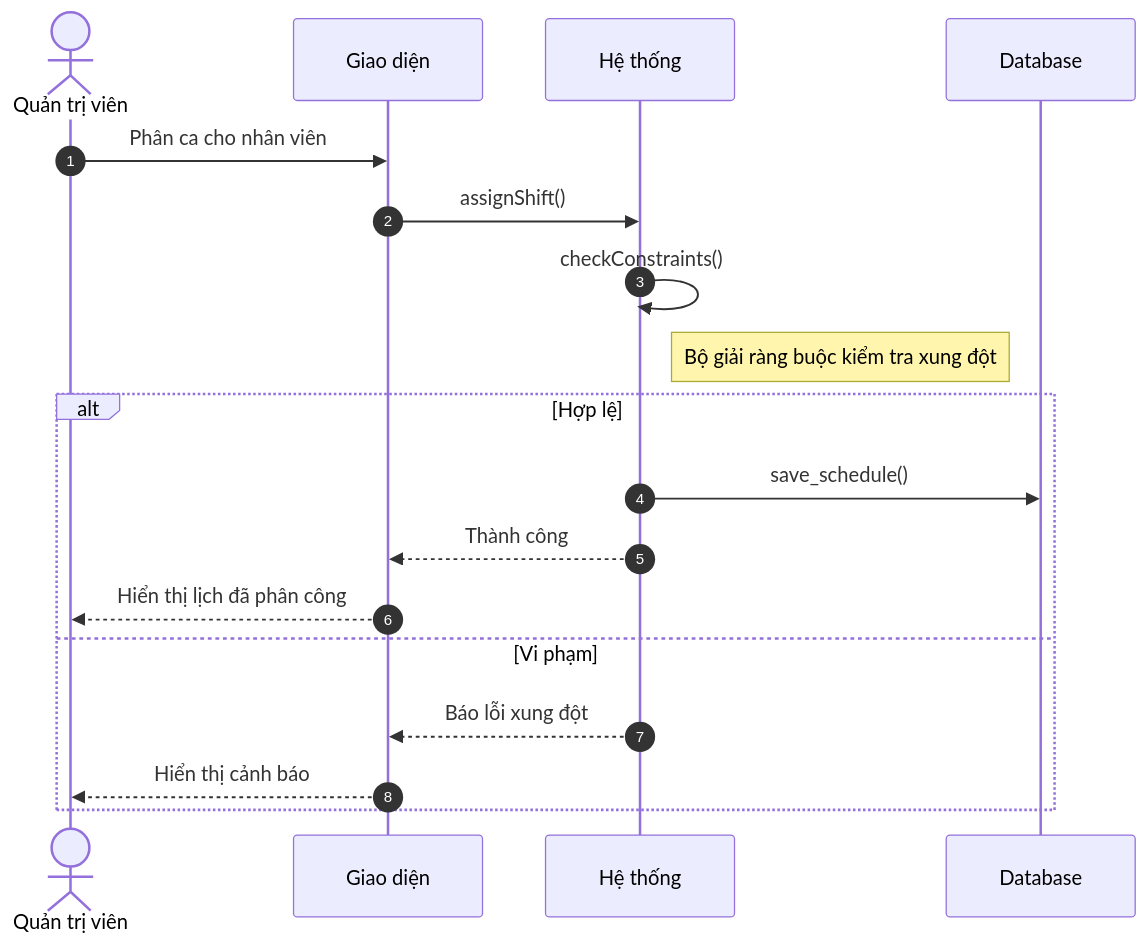
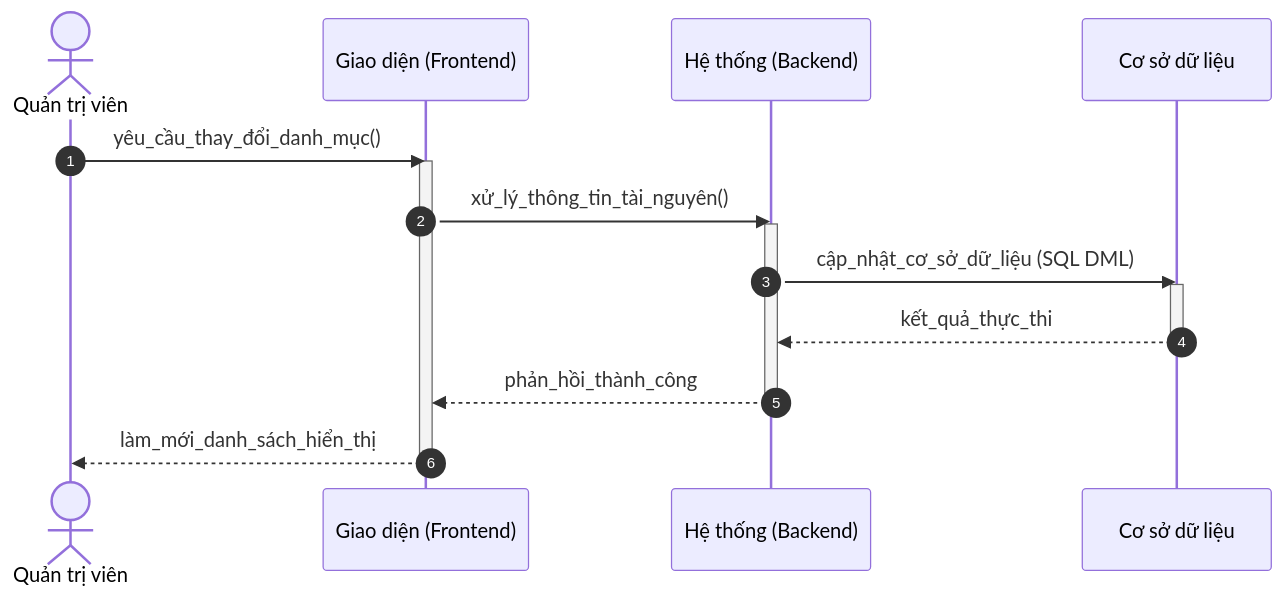
One commit to ngoctinn/Synapse changed the second of 2 diagrams in docs/design/sequences_simplified/admin_flows.md. Above: the diagram before and after it, drawn with Mermaid. The commit also changed other lines of this file and 4 other files, not shown here.

Commit message:
docs: Add simplified sequence diagrams for receptionist, technician, admin, customer, and authentication flows.

````diff
--- a/docs/design/sequences_simplified/admin_flows.md
+++ b/docs/design/sequences_simplified/admin_flows.md
@@ -30,23 +43,23 @@
 ```mermaid
 sequenceDiagram
     autonumber
     actor QTV as Quản trị viên
-    participant UI as Giao diện
-    participant HT as Hệ thống
-    participant DB as Database
+    participant FE as Giao diện (Frontend)
+    participant BE as Hệ thống (Backend)
+    participant DB as Cơ sở dữ liệu
 
-    QTV->>UI: Phân ca cho nhân viên
-    UI->>HT: assignShift()
+    QTV->>FE: yêu_cầu_thay_đổi_danh_mục()
+    activate FE
+    FE->>BE: xử_lý_thông_tin_tài_nguyên()
+    activate BE
 
-    HT->>HT: checkConstraints()
-    Note right of HT: Bộ giải ràng buộc kiểm tra xung đột
+    BE->>DB: cập_nhật_cơ_sở_dữ_liệu (SQL DML)
+    activate DB
+    DB-->>BE: kết_quả_thực_thi
+    deactivate DB
 
-    alt Hợp lệ
-        HT->>DB: save_schedule()
-        HT-->>UI: Thành công
-        UI-->>QTV: Hiển thị lịch đã phân công
-    else Vi phạm
-        HT-->>UI: Báo lỗi xung đột
-        UI-->>QTV: Hiển thị cảnh báo
-    end
+    BE-->>FE: phản_hồi_thành_công
+    deactivate BE
+    FE-->>QTV: làm_mới_danh_sách_hiển_thị
+    deactivate FE
 ```
````
